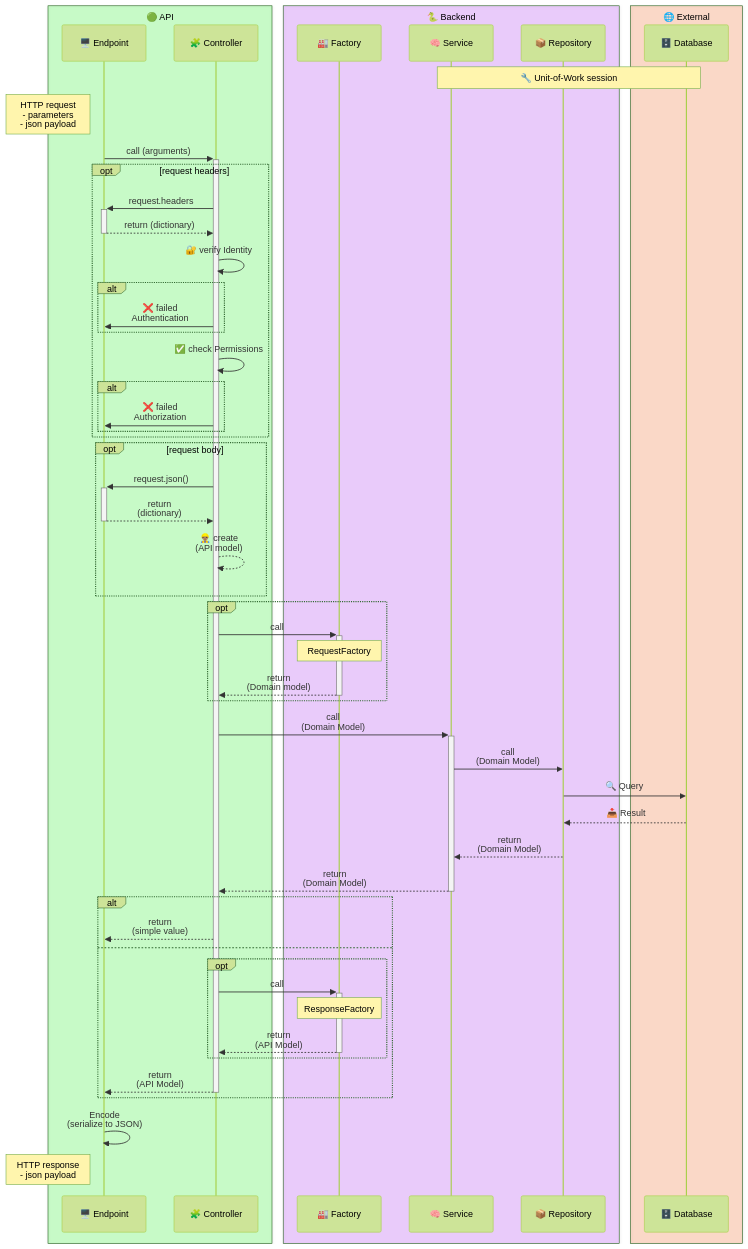
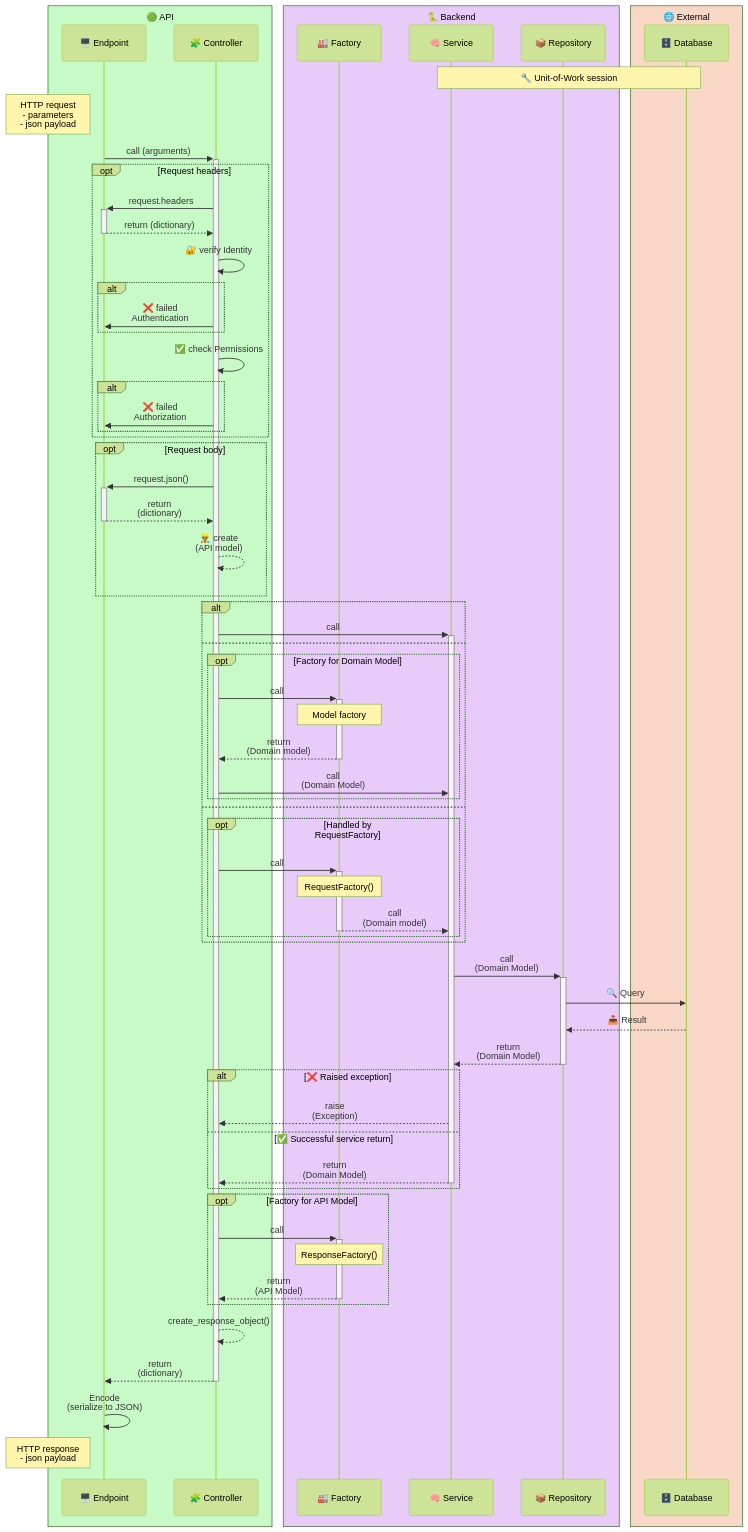
One commit to BReijling/alpha changed the diagram in docs/concepts/design-concepts.md. Above: the diagram before and after it, drawn with Mermaid (forest theme).

Commit message:
docs(Docs): :art: update architectural overview

```diff
--- a/docs/concepts/design-concepts.md
+++ b/docs/concepts/design-concepts.md
@@ -65,7 +65,7 @@
     🖥️ Endpoint->>+🧩 Controller: call (arguments)
 
     %% request parsing
-    opt request headers
+    opt Request headers
     🧩 Controller->>+🖥️ Endpoint: request.headers
     🖥️ Endpoint-->>-🧩 Controller: return (dictionary)
     🧩 Controller->>🧩 Controller: 🔐 verify Identity
@@ -77,45 +77,57 @@
     🧩 Controller->>🖥️ Endpoint: ❌ failed<br>Authorization
     end
     end
-    opt request body
+    opt Request body
     🧩 Controller->>+🖥️ Endpoint: request.json()
     🖥️ Endpoint-->>-🧩 Controller: return<br>(dictionary)
     🧩 Controller-->>🧩 Controller: 👷🏽‍♂️ create<br>(API model)
     end
 
     %% mapping to domain model
-    opt
+    alt
+    🧩 Controller->>+🧠 Service: call
+    else 
+    opt Factory for Domain Model
     🧩 Controller->>+🏭 Factory: call
-    Note over 🏭 Factory: RequestFactory
+    Note over 🏭 Factory: Model factory
     🏭 Factory-->>-🧩 Controller: return<br>(Domain model)
+    🧩 Controller->>🧠 Service: call<br>(Domain Model)
+    end
+    else 
+    opt Handled by RequestFactory
+    🧩 Controller->>+🏭 Factory: call
+    Note over 🏭 Factory: RequestFactory()
+    🏭 Factory-->>-🧠 Service: call<br>(Domain model)
+    end
     end
 
     %% service call
-    🧩 Controller->>+🧠 Service: call<br>(Domain Model)
 
     %% repository call
-    🧠 Service->>📦 Repository: call<br>(Domain Model)
+    🧠 Service->>+📦 Repository: call<br>(Domain Model)
 
     %% database query
     📦 Repository->>🗄️ Database: 🔍 Query
     🗄️ Database-->>📦 Repository: 📥 Result
 
     %% return with mapped data
-    📦 Repository-->>🧠 Service: return<br>(Domain Model)
+    📦 Repository-->>-🧠 Service: return<br>(Domain Model)
+
+    alt ❌ Raised exception
+    🧠 Service-->>🧩 Controller: raise<br>(Exception)
+    else ✅ Successful service return
     🧠 Service-->>-🧩 Controller: return<br>(Domain Model)
+    end
 
     %% response mapping
-    alt
-    🧩 Controller-->>🖥️ Endpoint: return<br>(simple value)
-    else
     %% mapping to API model
-    opt
+    opt Factory for API Model
     🧩 Controller->>+🏭 Factory: call
-    Note over 🏭 Factory: ResponseFactory
+    Note over 🏭 Factory: ResponseFactory()
     🏭 Factory-->>-🧩 Controller: return<br>(API Model)
     end
-    🧩 Controller-->>-🖥️ Endpoint: return<br>(API Model)
-    end
+    🧩 Controller-->>🧩 Controller: create_response_object()
+    🧩 Controller-->>-🖥️ Endpoint: return<br>(dictionary)
 
     %% response encoding
     🖥️ Endpoint->>🖥️ Endpoint: Encode<br>(serialize to JSON)
```
